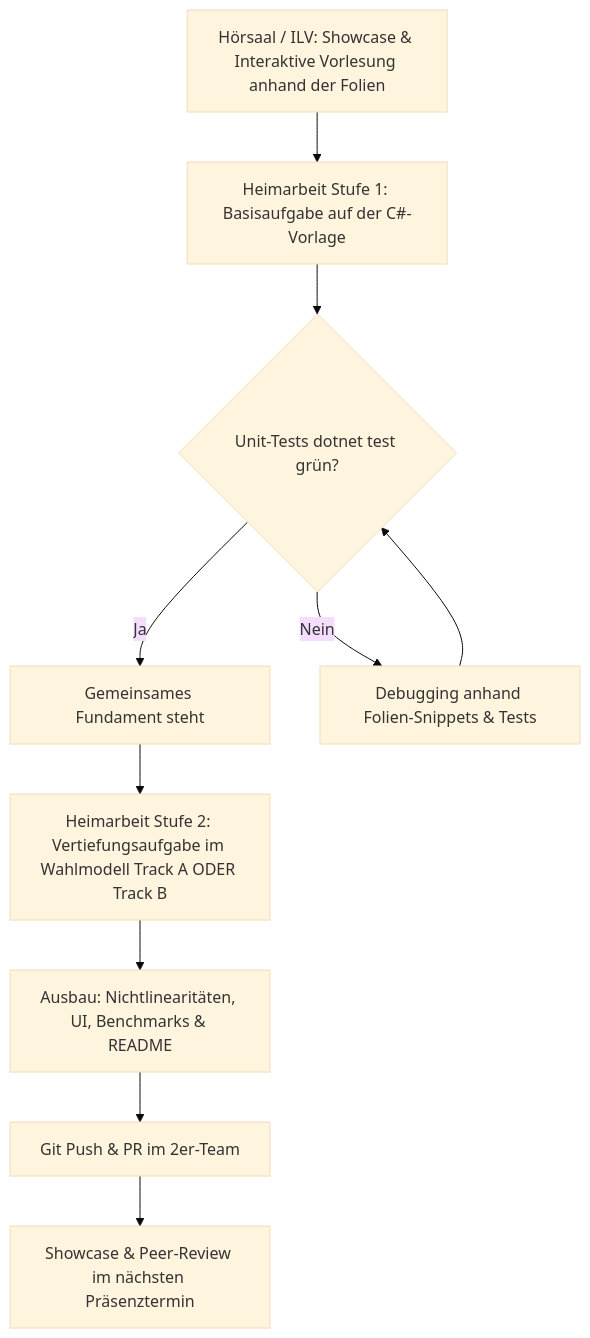
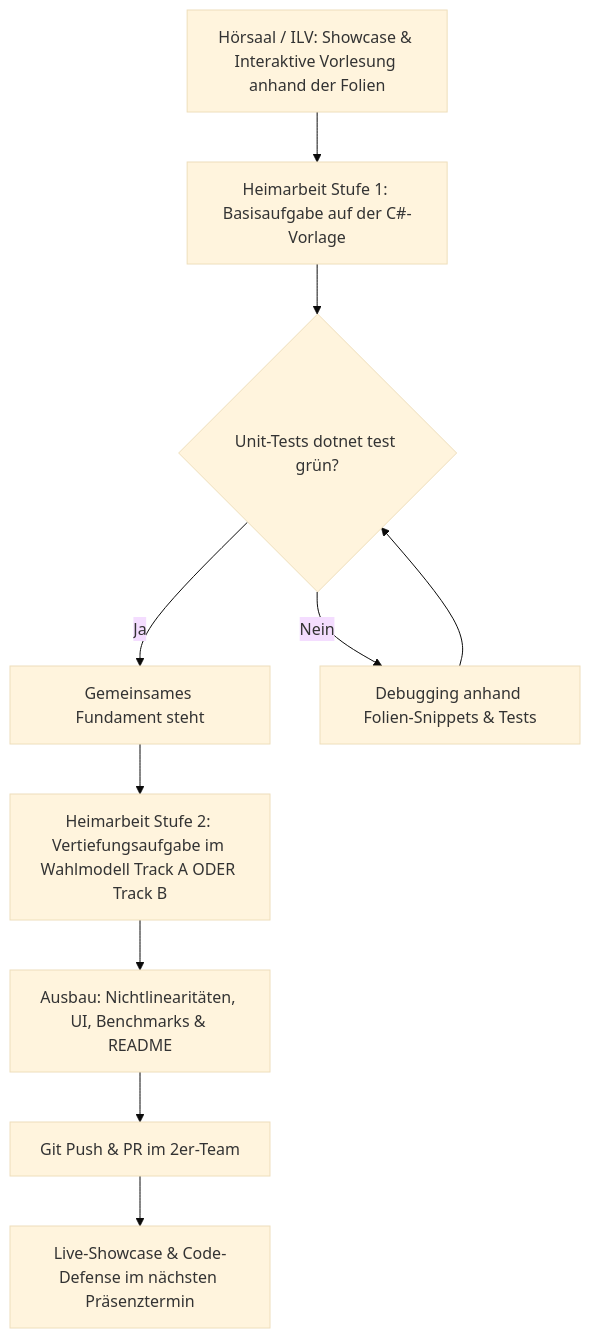
The fourth of 5 diagrams in Konzept/01_Lehrveranstaltungsstruktur_und_Syllabus.md (ghackenberg/kurs-computer-simulation), drawn with Mermaid (base theme) before and after one commit. The commit also changed other lines of this file and 28 other files, not shown here.

Commit message:
Update grading model to 40-40-20 and rebrand Section 8 to Live-Showcase & Code-Defense

````diff
--- a/Konzept/01_Lehrveranstaltungsstruktur_und_Syllabus.md
+++ b/Konzept/01_Lehrveranstaltungsstruktur_und_Syllabus.md
@@ -689,11 +684,11 @@
 ```mermaid
 flowchart TD
     A[Hörsaal / ILV: Showcase & Interaktive Vorlesung anhand der Folien] --> B[Heimarbeit Stufe 1: Basisaufgabe auf der C#-Vorlage]
     B --> C{Unit-Tests dotnet test grün?}
     C -- Ja --> D[Gemeinsames Fundament steht]
     C -- Nein --> E[Debugging anhand Folien-Snippets & Tests] --> C
     D --> F[Heimarbeit Stufe 2: Vertiefungsaufgabe im Wahlmodell Track A ODER Track B]
     F --> G[Ausbau: Nichtlinearitäten, UI, Benchmarks & README]
     G --> H[Git Push & PR im 2er-Team]
-    H --> I[Showcase & Peer-Review im nächsten Präsenztermin]
+    H --> I[Live-Showcase & Code-Defense im nächsten Präsenztermin]
 ```
````
